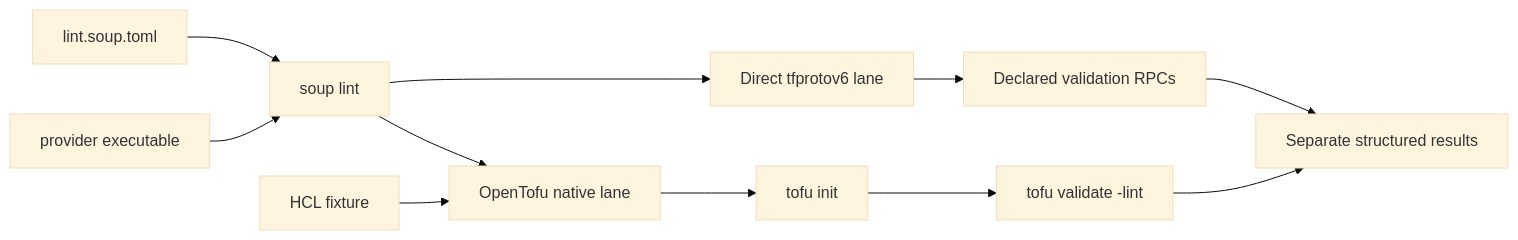
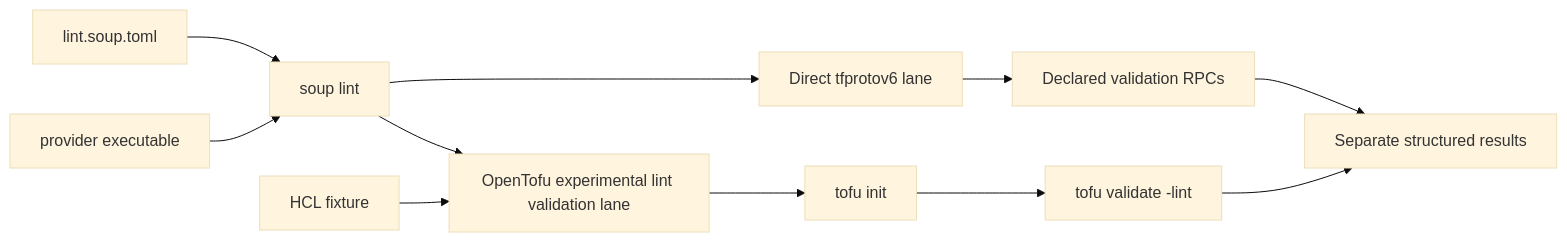
The diagram in docs/architecture/08-provider-linting.md (provide-io/tofusoup), drawn with Mermaid (base theme) before and after one commit. The commit also changed other lines of this file and 11 other files, not shown here.

Commit message:
fix(lint): name OpenTofu experimental validation precisely

````diff
--- a/docs/architecture/08-provider-linting.md
+++ b/docs/architecture/08-provider-linting.md
@@ -59,13 +59,13 @@
 ```mermaid
 flowchart LR
     S[lint.soup.toml] --> C[soup lint]
     P[provider executable] --> C
     C --> D[Direct tfprotov6 lane]
     D --> V[Declared validation RPCs]
-    C --> N[OpenTofu native lane]
+    C --> N[OpenTofu experimental lint validation lane]
     H[HCL fixture] --> N
     N --> I[tofu init]
     I --> T[tofu validate -lint]
     V --> R[Separate structured results]
     T --> R
 ```
````
